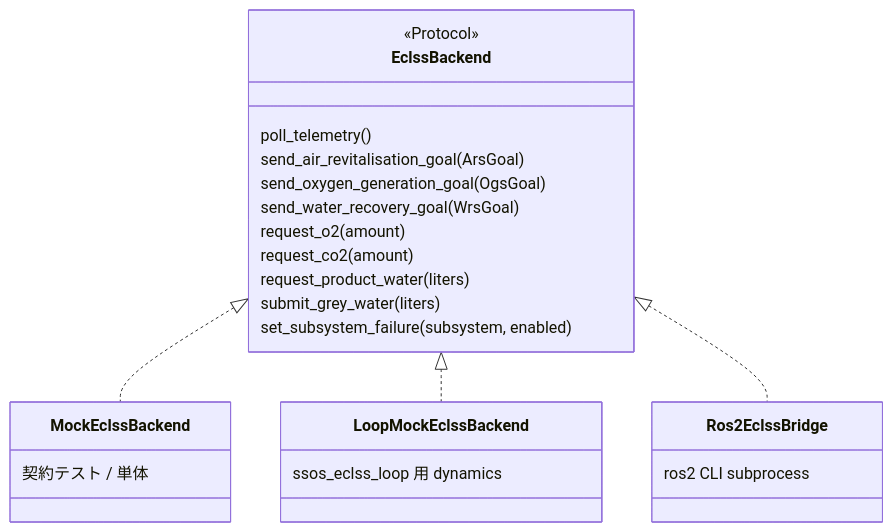
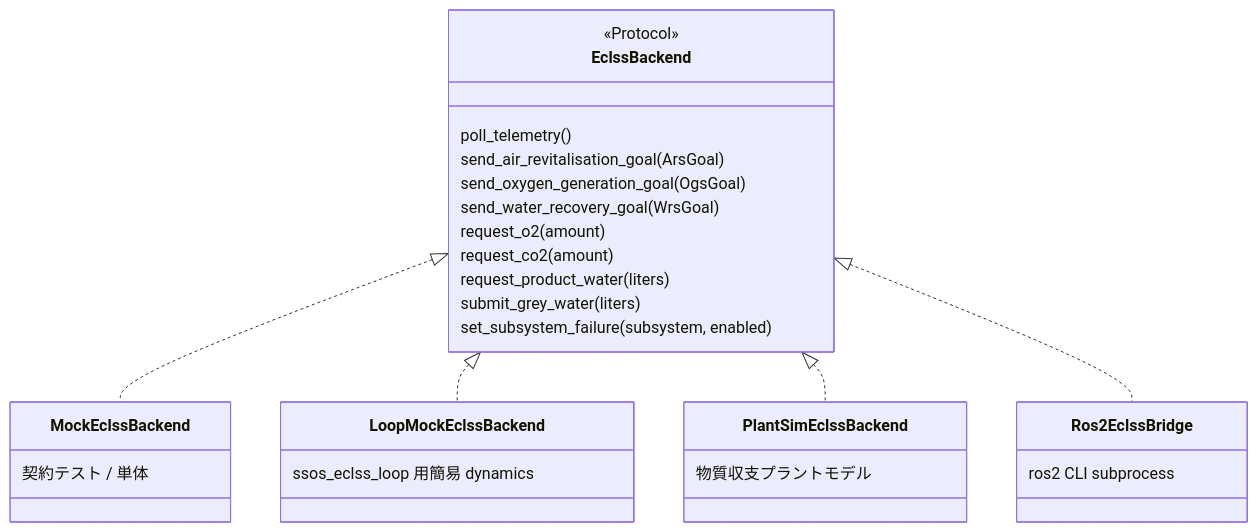
Before and after one commit to Hop-Step-Jump/singulab-hakkason2nd-engineering_agent: the first of 2 diagrams in docs/ja/ssos/eclss-integration.md, drawn with Mermaid. The commit also changed other lines of this file and 27 other files, not shown here.

Commit message:
fix: 0-based ssos steps, dashboard bounds, and Plant Sim docs (#48)

````diff
--- a/docs/ja/ssos/eclss-integration.md
+++ b/docs/ja/ssos/eclss-integration.md
@@ -74,27 +74,31 @@
 ```mermaid
 classDiagram
   class EclssBackend {
     <<Protocol>>
     poll_telemetry()
     send_air_revitalisation_goal(ArsGoal)
     send_oxygen_generation_goal(OgsGoal)
     send_water_recovery_goal(WrsGoal)
     request_o2(amount)
     request_co2(amount)
     request_product_water(liters)
     submit_grey_water(liters)
     set_subsystem_failure(subsystem, enabled)
   }
   class MockEclssBackend {
     契約テスト / 単体
   }
   class LoopMockEclssBackend {
-    ssos_eclss_loop 用 dynamics
+    ssos_eclss_loop 用簡易 dynamics
+  }
+  class PlantSimEclssBackend {
+    物質収支プラントモデル
   }
   class Ros2EclssBridge {
     ros2 CLI subprocess
   }
   EclssBackend <|.. MockEclssBackend
   EclssBackend <|.. LoopMockEclssBackend
+  EclssBackend <|.. PlantSimEclssBackend
   EclssBackend <|.. Ros2EclssBridge
 ```
````
